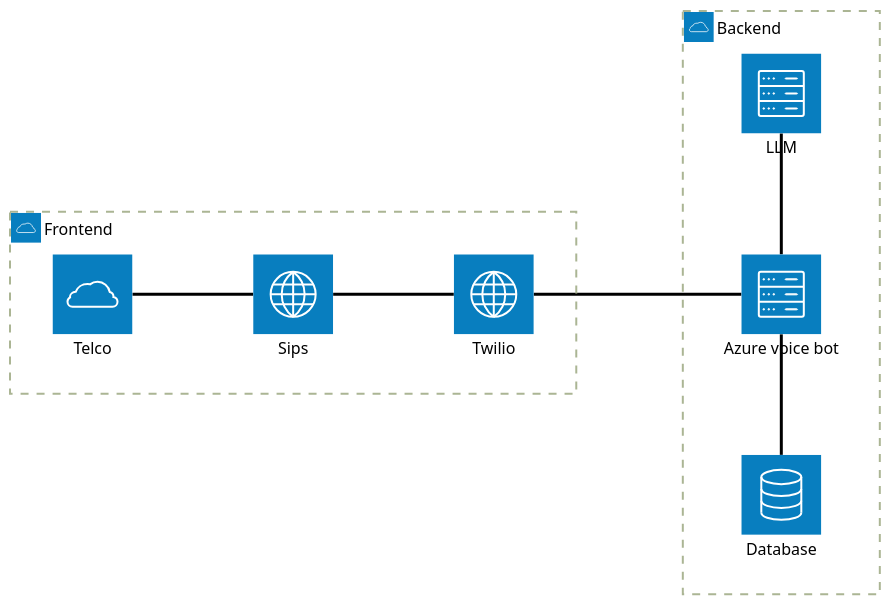
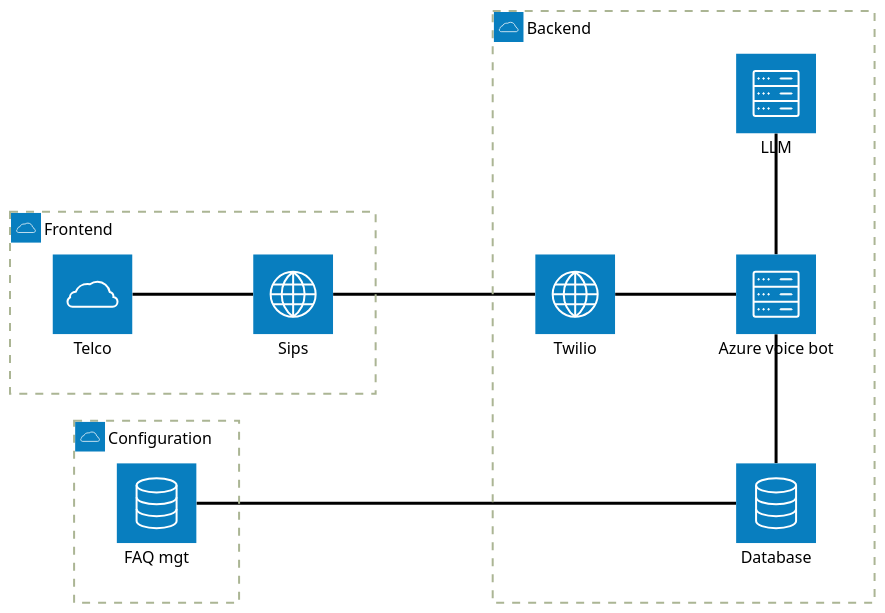
The diagram in content/posts/ai-voice.md (pve/hugo-site-dias), drawn with Mermaid (forest theme) before and after one commit. The commit also changed other lines of this file and 17 other files, not shown here.

````diff
--- a/content/posts/ai-voice.md
+++ b/content/posts/ai-voice.md
@@ -8,19 +8,25 @@
 ```mermaid
 architecture-beta
     group frontend(cloud)[Frontend]
         service telco(cloud)[Telco] in frontend
-        service twilio(internet)[Twilio] in frontend
         service sips(internet)[Sips] in frontend
     
     group backend(cloud)[Backend]
         service app_server(server)[Azure voice bot] in backend
+        service twilio(internet)[Twilio] in backend
         service database(database)[Database] in backend
         service llm(server)[LLM] in backend
+
+
+    group configuration(cloud)[Configuration]
+        service faq(database)[FAQ mgt]    in configuration
     
     telco:R -- L:sips
     sips:R -- L:twilio
     twilio:R -- L:app_server
     app_server:B -- T:database
     llm:B -- T:app_server
+    faq:R -- L:database
+
 
 ```
````
